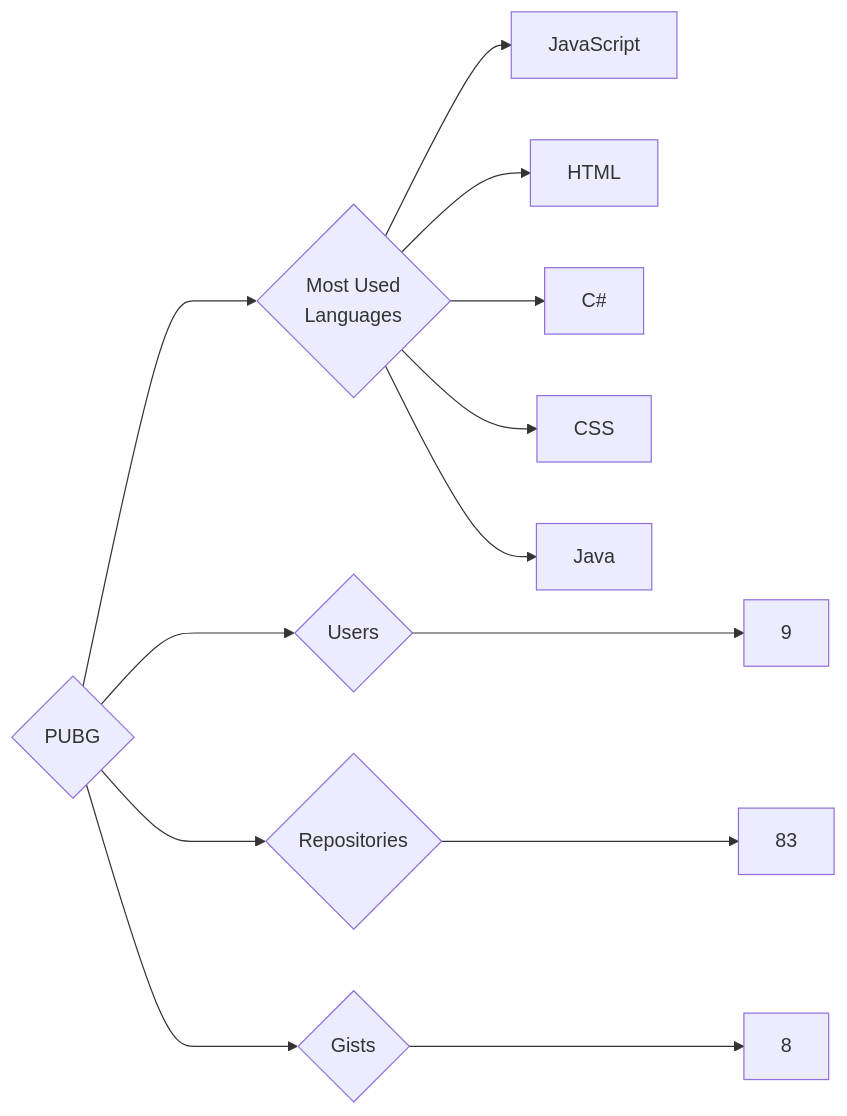
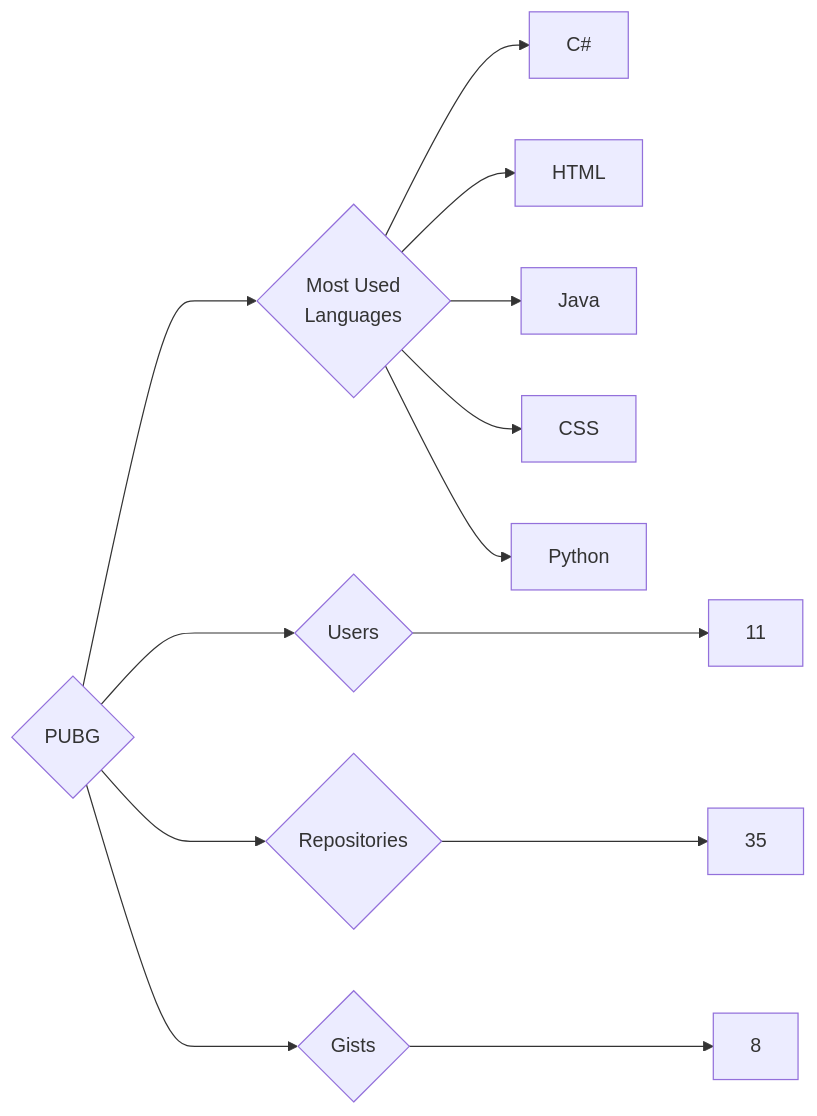
One commit to trickest/insiders changed the diagram in targets/PUBG/README.md. Above: the diagram before and after it, drawn with Mermaid. The commit also changed 1484 other files, not shown here.

````diff
--- a/targets/PUBG/README.md
+++ b/targets/PUBG/README.md
@@ -3,13 +3,13 @@
 ```mermaid
 graph LR
 COMPANY_NAME{PUBG}
-COMPANY_NAME ---> U{Users} ---> UN[9]
-COMPANY_NAME ---> R{Repositories} ---> RN[83]
+COMPANY_NAME ---> U{Users} ---> UN[11]
+COMPANY_NAME ---> R{Repositories} ---> RN[35]
 COMPANY_NAME ---> G{Gists} ---> GN[8]
 COMPANY_NAME ---> ML{Most Used<br>Languages}
-ML --> JavaScript[JavaScript]
+ML --> C#[C#]
 ML --> HTML[HTML]
-ML --> C#[C#]
+ML --> Java[Java]
 ML --> CSS[CSS]
-ML --> Java[Java]
+ML --> Python[Python]
 ```
````
